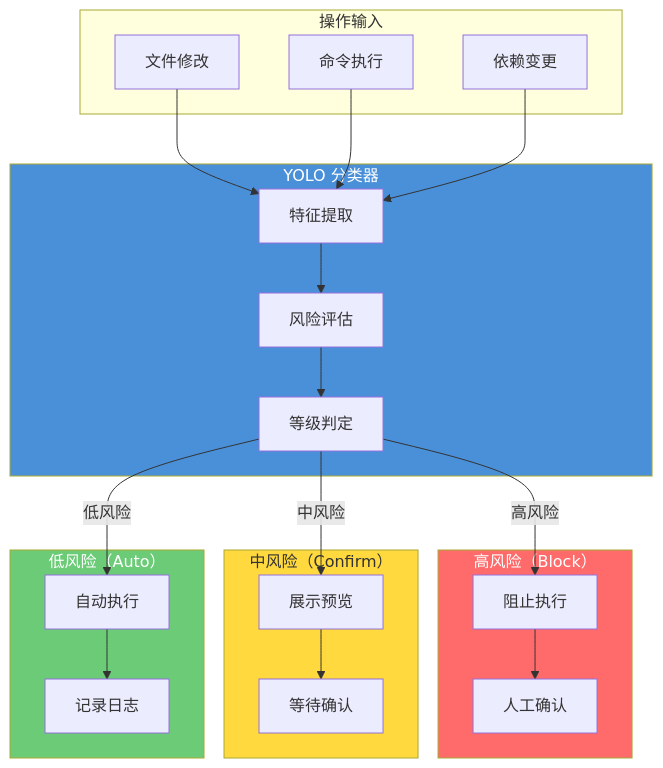
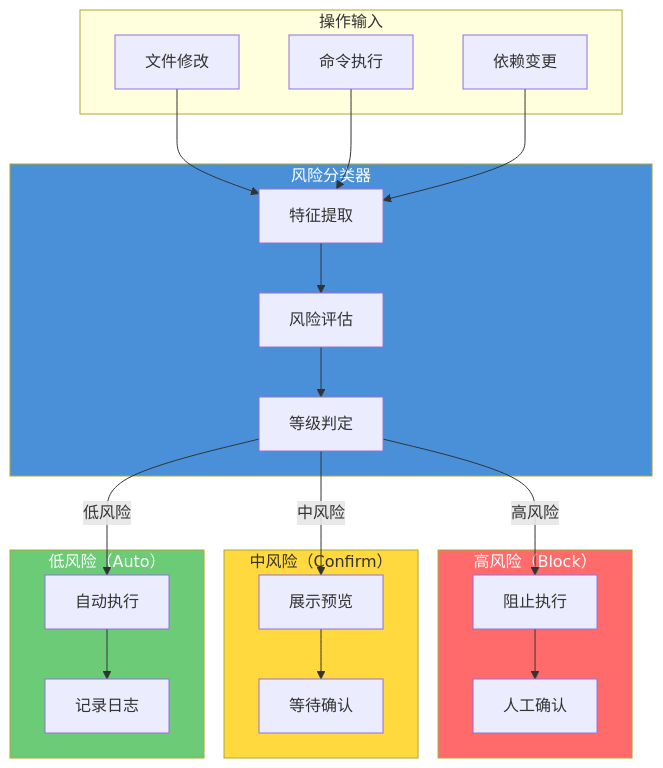
The fifth of 12 diagrams in src/02-core-concepts/validation-harness.md (tonydeng/harness-engineering-from-oc-to-ai-coding), drawn with Mermaid before and after one commit. The commit also changed other lines of this file and 69 other files, not shown here.

````diff
--- a/src/02-core-concepts/validation-harness.md
+++ b/src/02-core-concepts/validation-harness.md
@@ -426,46 +428,46 @@
 ```mermaid
 flowchart TB
     subgraph 输入["操作输入"]
         I1[文件修改]
         I2[命令执行]
         I3[依赖变更]
     end
     
-    subgraph YOLO分类["YOLO 分类器"]
+    subgraph 风险分类["风险分类器"]
         Y1[特征提取]
         Y2[风险评估]
         Y3[等级判定]
     end
     
     subgraph 高风险["高风险（Block）"]
         H1[阻止执行]
         H2[人工确认]
     end
     
     subgraph 中风险["中风险（Confirm）"]
         M1[展示预览]
         M2[等待确认]
     end
     
     subgraph 低风险["低风险（Auto）"]
         L1[自动执行]
         L2[记录日志]
     end
     
     I1 --> Y1
     I2 --> Y1
     I3 --> Y1
     Y1 --> Y2
     Y2 --> Y3
     Y3 --> |高风险| H1
     Y3 --> |中风险| M1
     Y3 --> |低风险| L1
     H1 --> H2
     M1 --> M2
     L1 --> L2
     
-    style YOLO分类 fill:#4A90D9,color:#fff
+    style 风险分类 fill:#4A90D9,color:#fff
     style 高风险 fill:#ff6b6b,color:#fff
     style 中风险 fill:#ffd93d,color:#333
     style 低风险 fill:#6bcb77,color:#fff
 ```
````
